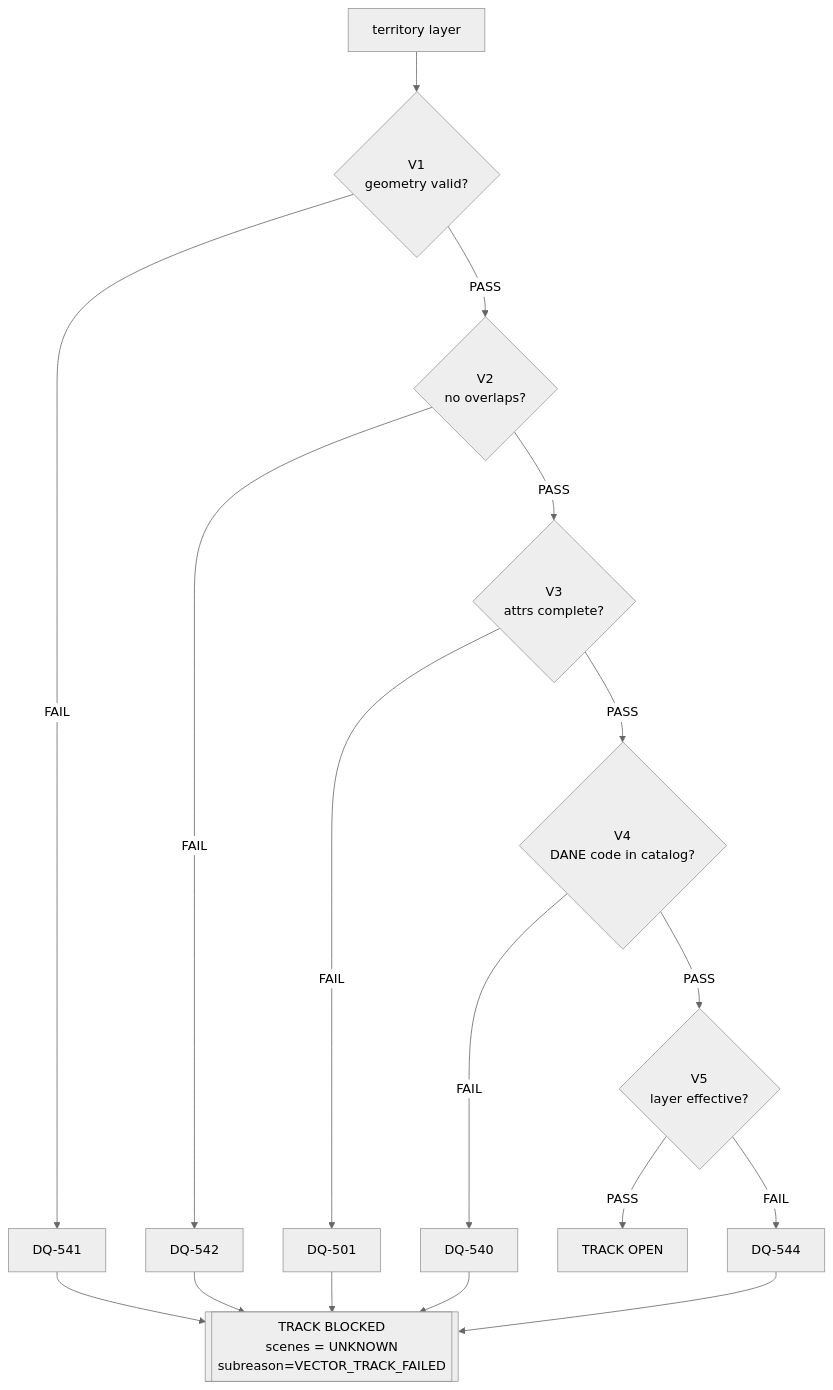
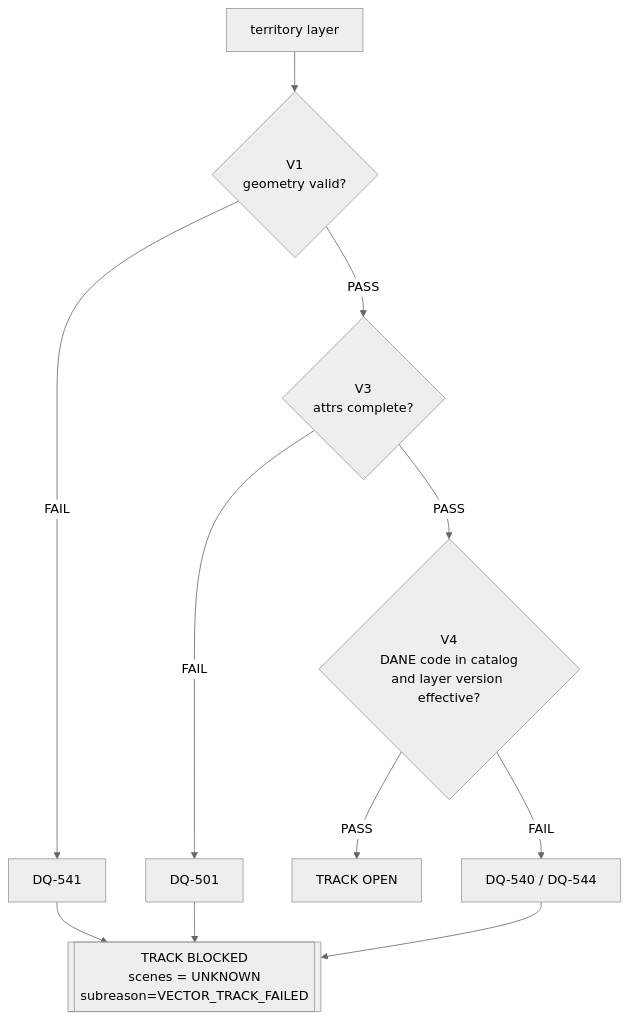
The second of 8 diagrams in docs/maze-flow.md (racosta-data/lots-twin), drawn with Mermaid (neutral theme) before and after one commit. The commit also changed other lines of this file and 2 other files, not shown here.

````diff
--- a/docs/maze-flow.md
+++ b/docs/maze-flow.md
@@ -46,15 +46,11 @@
 ```mermaid
 flowchart TD
-  L[territory layer] --> V1{V1<br/>geometry valid?}
-  V1 -- PASS --> V2{V2<br/>no overlaps?}
+  L[territory layer] --> V1{"V1<br/>geometry valid?"}
+  V1 -- PASS --> V3{"V3<br/>attrs complete?"}
   V1 -- FAIL --> E1[DQ-541]
-  V2 -- PASS --> V3{V3<br/>attrs complete?}
-  V2 -- FAIL --> E2[DQ-542]
-  V3 -- PASS --> V4{V4<br/>DANE code in catalog?}
+  V3 -- PASS --> V4{"V4<br/>DANE code in catalog<br/>and layer version effective?"}
   V3 -- FAIL --> E3[DQ-501]
-  V4 -- PASS --> V5{V5<br/>layer effective?}
-  V4 -- FAIL --> E4[DQ-540]
-  V5 -- PASS --> OPEN[TRACK OPEN]
-  V5 -- FAIL --> E5[DQ-544]
-  E1 & E2 & E3 & E4 & E5 --> BLOCK[[TRACK BLOCKED<br/>scenes = UNKNOWN<br/>subreason=VECTOR_TRACK_FAILED]]
+  V4 -- PASS --> OPEN[TRACK OPEN]
+  V4 -- FAIL --> E4[DQ-540 / DQ-544]
+  E1 & E3 & E4 --> BLOCK[[TRACK BLOCKED<br/>scenes = UNKNOWN<br/>subreason=VECTOR_TRACK_FAILED]]
 ```
````
